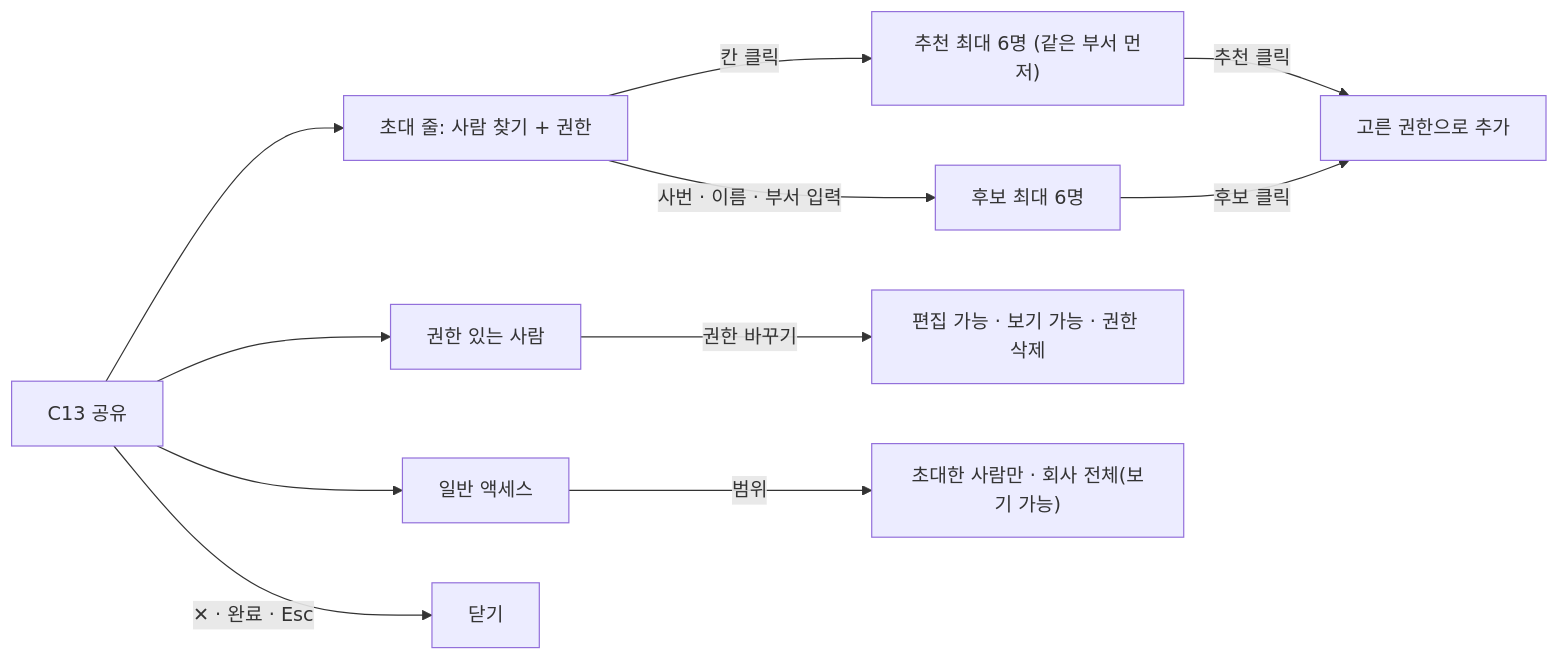
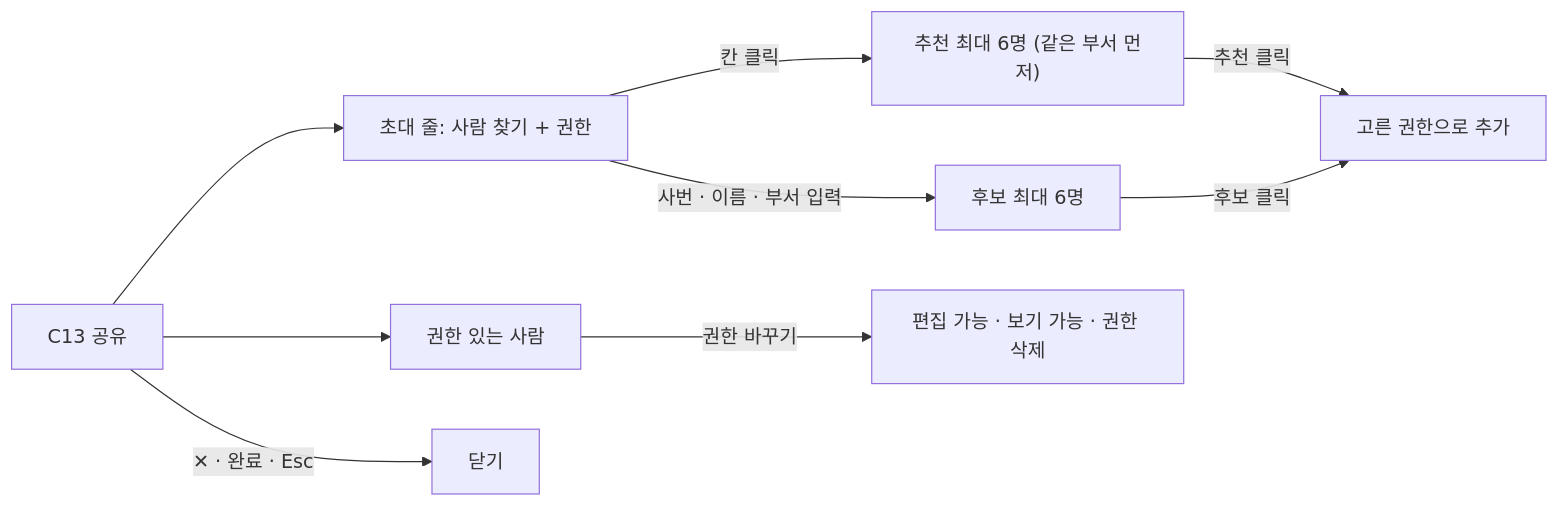
Before and after one commit to vamos-team/telescope: the tenth of 12 diagrams in docs/frontend/ia.md, drawn with Mermaid. The commit also changed other lines of this file and 3 other files, not shown here.

````diff
--- a/docs/frontend/ia.md
+++ b/docs/frontend/ia.md
@@ -389,13 +390,11 @@
 ```mermaid
 flowchart LR
   SH["C13 공유"] --> I["초대 줄: 사람 찾기 + 권한"]
   SH --> P["권한 있는 사람"]
-  SH --> G["일반 액세스"]
   I -->|"칸 클릭"| I0["추천 최대 6명 (같은 부서 먼저)"]
   I -->|"사번 · 이름 · 부서 입력"| I1["후보 최대 6명"]
   I0 -->|추천 클릭| I2
   I1 -->|후보 클릭| I2["고른 권한으로 추가"]
   P -->|권한 바꾸기| P1["편집 가능 · 보기 가능 · 권한 삭제"]
-  G -->|범위| G1["초대한 사람만 · 회사 전체(보기 가능)"]
   SH -->|"✕ · 완료 · Esc"| X["닫기"]
 ```
````
